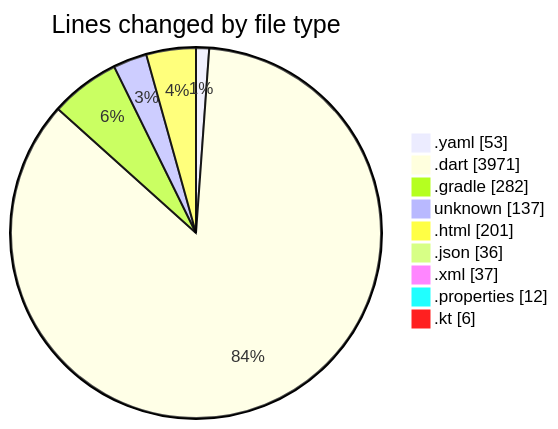
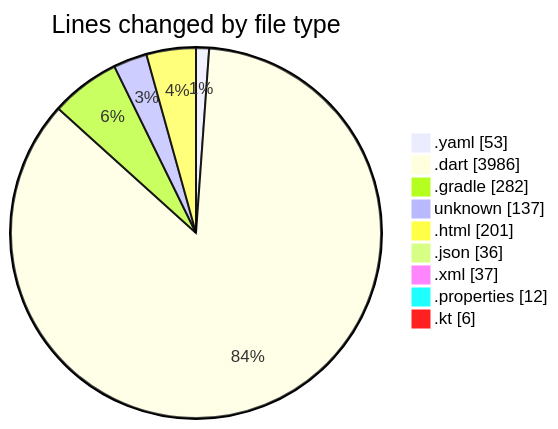
One commit to lephambinh05/code-tracking changed the first of 2 diagrams in 2025-09-02/quanlylink/README.md. Above: the diagram before and after it, drawn with Mermaid. The commit also changed other lines of this file and 1 other file, not shown here.

````diff
--- a/2025-09-02/quanlylink/README.md
+++ b/2025-09-02/quanlylink/README.md
@@ -47,13 +47,13 @@
 ```mermaid
 pie showData
 title Lines changed by file type
 ".yaml" : 53
-".dart" : 3971
+".dart" : 3986
 ".gradle" : 282
 "unknown" : 137
 ".html" : 201
 ".json" : 36
 ".xml" : 37
 ".properties" : 12
 ".kt" : 6
 ```
````
